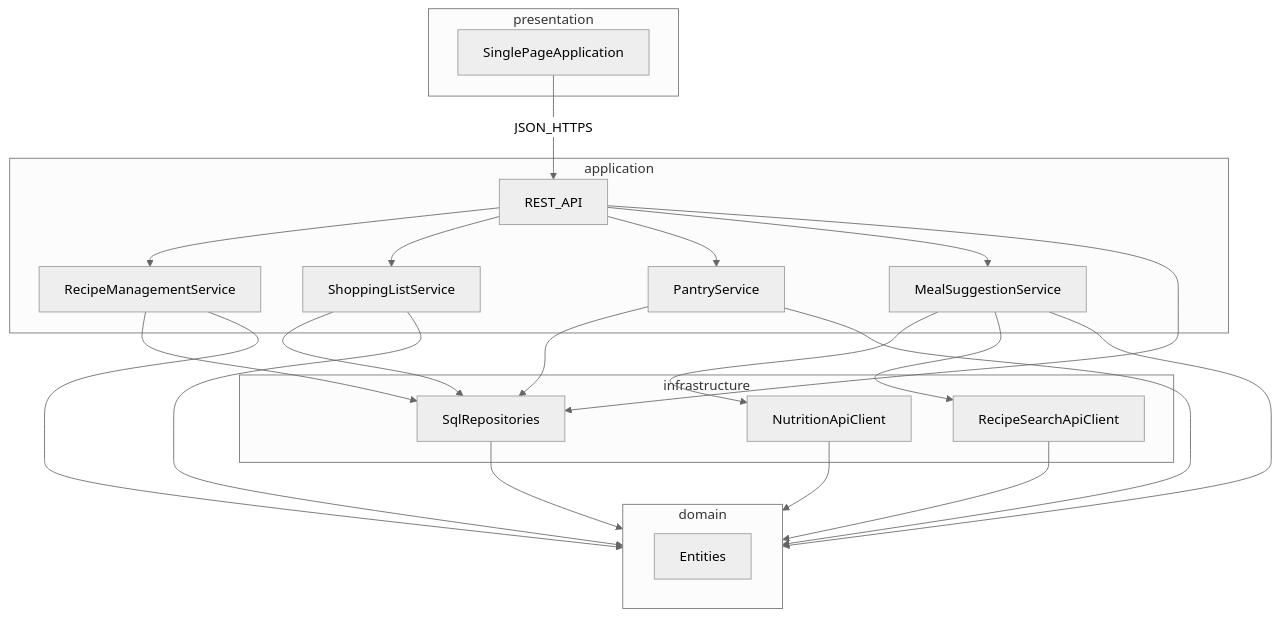
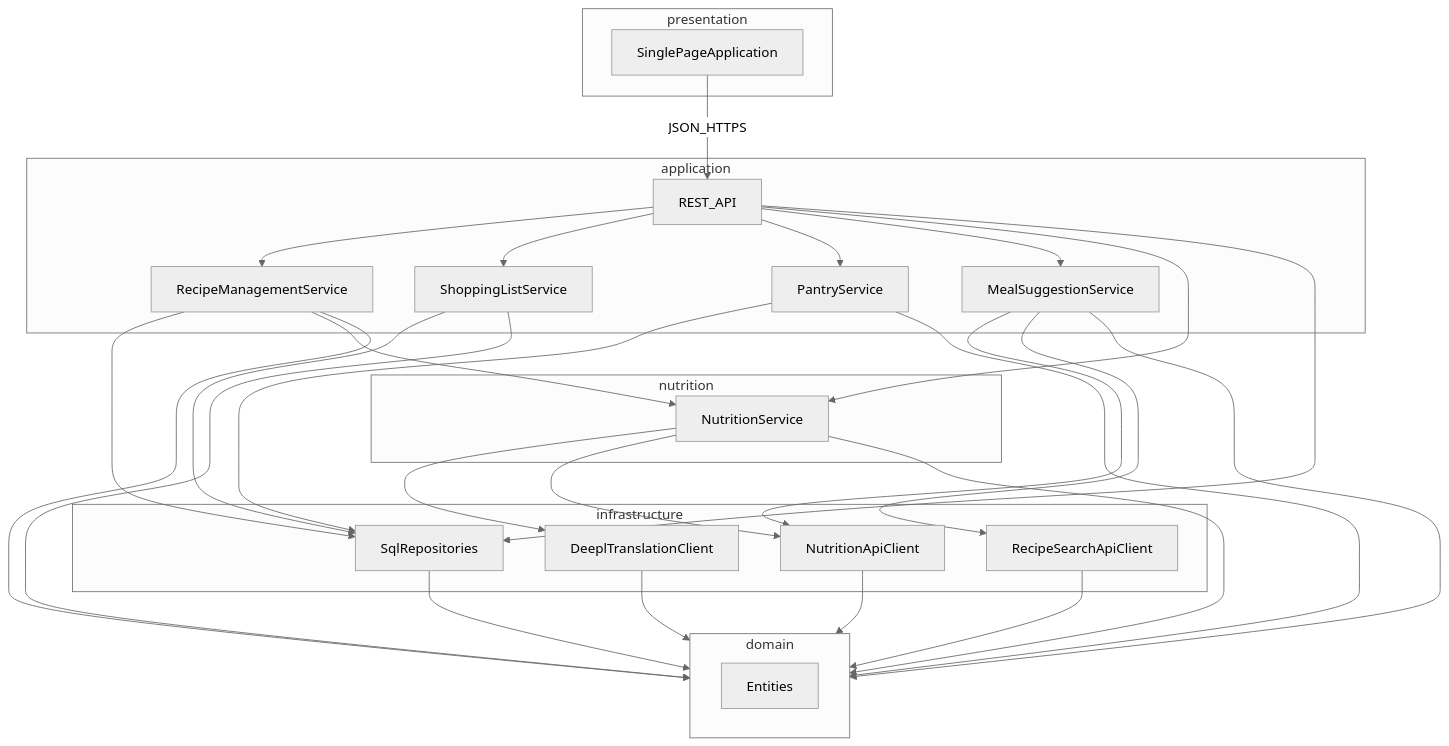
One commit to magnuschase/pk-io-2026 changed the third of 5 diagrams in model-statyczny.md. Above: the diagram before and after it, drawn with Mermaid (neutral theme). The commit also changed other lines of this file and 20 other files, not shown here.

Commit message:
feat: add deepl translation service

````diff
--- a/model-statyczny.md
+++ b/model-statyczny.md
@@ -270,43 +286,54 @@
 ```mermaid
 flowchart TB
     subgraph presentation["presentation"]
         spa[SinglePageApplication]
     end
 
     subgraph application["application"]
         rest[REST_API]
         recipeSvc[RecipeManagementService]
         shoppingSvc[ShoppingListService]
         pantrySvc[PantryService]
         sugg[MealSuggestionService]
     end
 
     subgraph domain["domain"]
         entities[Entities]
     end
 
     subgraph infrastructure["infrastructure"]
         repos[SqlRepositories]
+        deepl[DeeplTranslationClient]
         nut[NutritionApiClient]
         recsearch[RecipeSearchApiClient]
+    end
+
+    subgraph nutrition["nutrition"]
+        nutritionSvc[NutritionService]
     end
 
     spa -->|JSON_HTTPS| rest
     rest --> recipeSvc
     rest --> shoppingSvc
     rest --> pantrySvc
     rest --> sugg
+    rest --> nutritionSvc
     recipeSvc --> domain
     shoppingSvc --> domain
     pantrySvc --> domain
     sugg --> domain
     rest --> repos
     recipeSvc --> repos
     shoppingSvc --> repos
     pantrySvc --> repos
     sugg --> nut
     sugg --> recsearch
+    nutritionSvc --> deepl
+    nutritionSvc --> nut
+    nutritionSvc --> domain
+    recipeSvc --> nutritionSvc
     repos --> domain
     nut --> domain
     recsearch --> domain
+    deepl --> domain
 ```
````
